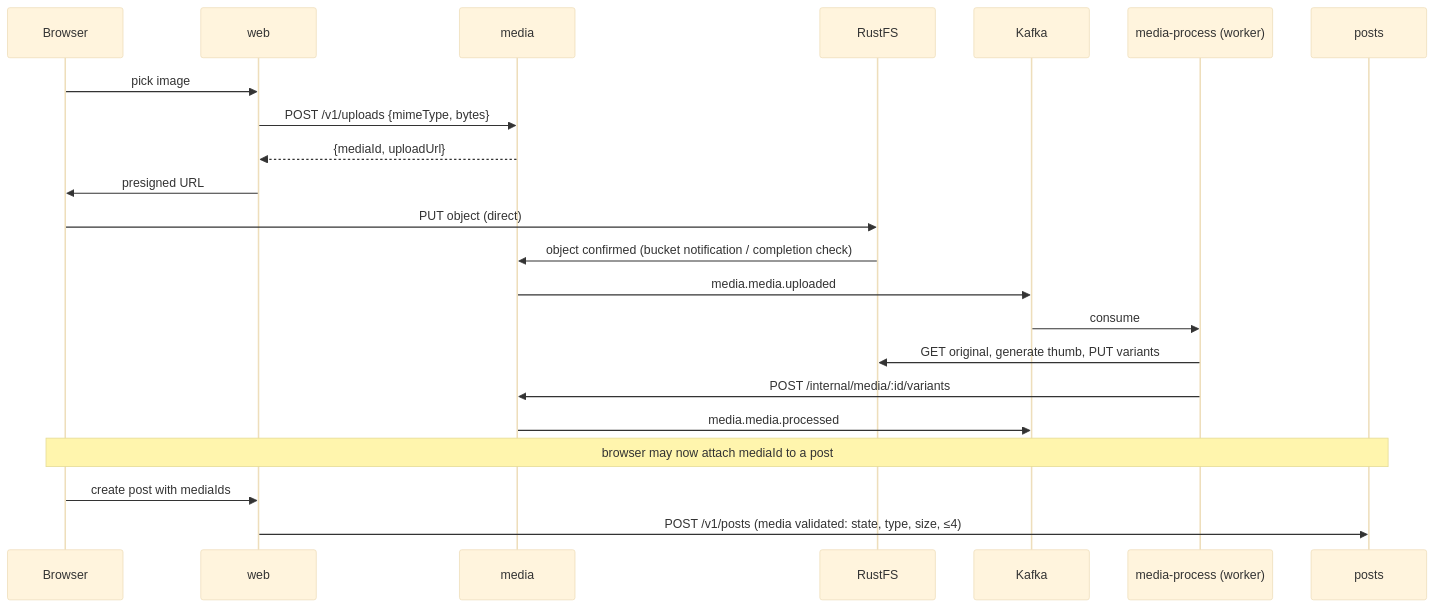
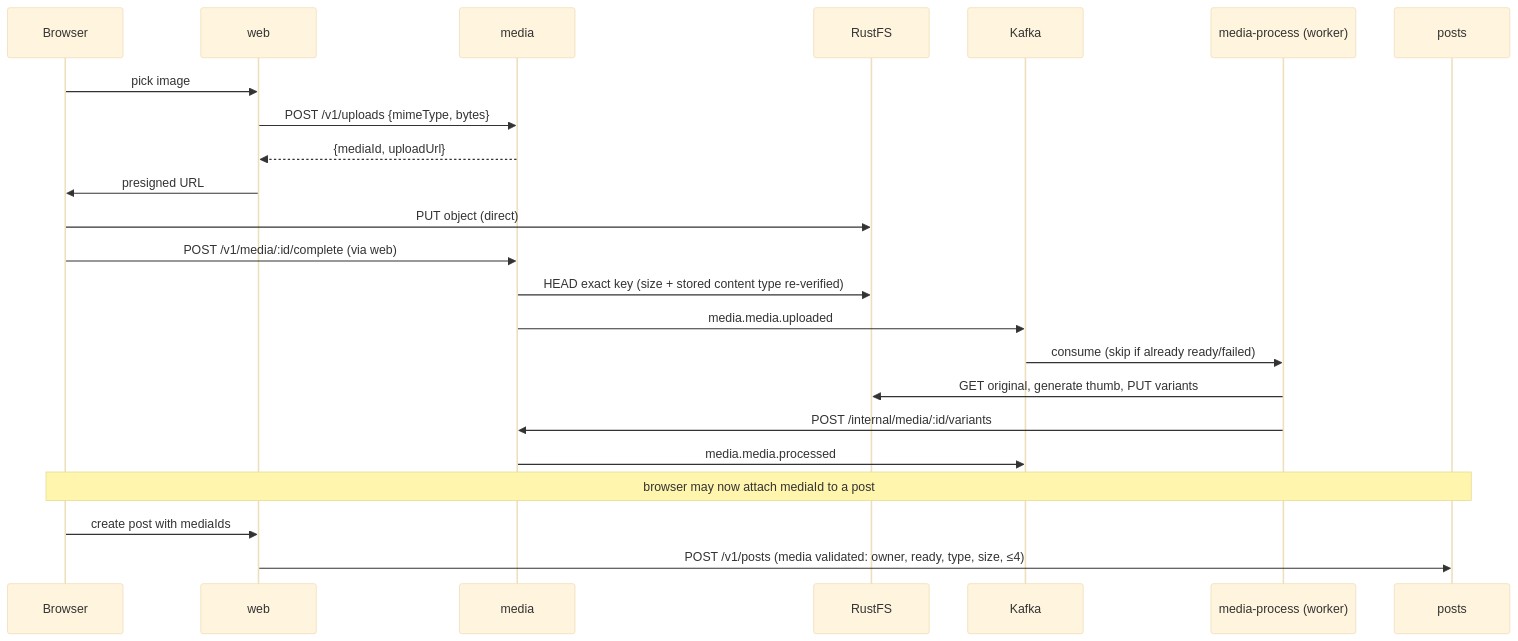
The second of 4 diagrams in docs/specs/architecture/04-event-driven-flows.md (jdc-projects/xitter), drawn with Mermaid (base theme) before and after one commit. The commit also changed other lines of this file and 5 other files, not shown here.

First line of the commit message:
docs+e2e: media specs match implementation; attach-image e2e flows

````diff
--- a/docs/specs/architecture/04-event-driven-flows.md
+++ b/docs/specs/architecture/04-event-driven-flows.md
@@ -94,25 +94,26 @@
 ```mermaid
 sequenceDiagram
     participant B as Browser
     participant W as web
     participant M as media
     participant R as RustFS
     participant K as Kafka
     participant MP as media-process (worker)
     participant P as posts
 
     B->>W: pick image
     W->>M: POST /v1/uploads {mimeType, bytes}
     M-->>W: {mediaId, uploadUrl}
     W->>B: presigned URL
     B->>R: PUT object (direct)
-    R->>M: object confirmed (bucket notification / completion check)
+    B->>M: POST /v1/media/:id/complete (via web)
+    M->>R: HEAD exact key (size + stored content type re-verified)
     M->>K: media.media.uploaded
-    K->>MP: consume
+    K->>MP: consume (skip if already ready/failed)
     MP->>R: GET original, generate thumb, PUT variants
     MP->>M: POST /internal/media/:id/variants
     M->>K: media.media.processed
     Note over B,P: browser may now attach mediaId to a post
     B->>W: create post with mediaIds
-    W->>P: POST /v1/posts (media validated: state, type, size, ≤4)
+    W->>P: POST /v1/posts (media validated: owner, ready, type, size, ≤4)
 ```
````
